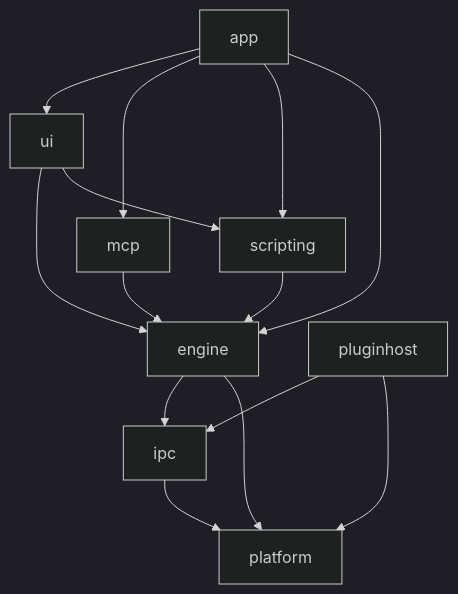
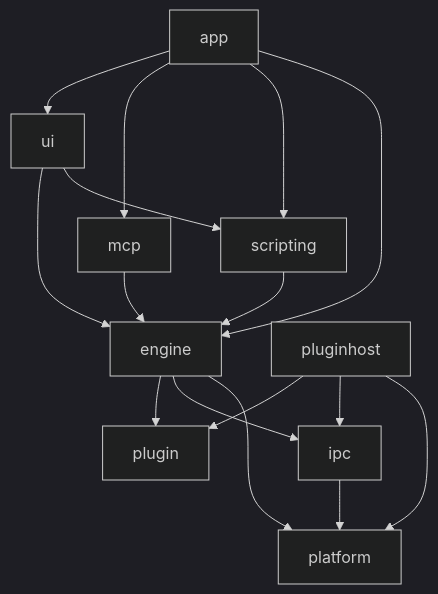
Before and after one commit to GNUbase/GNUbase: the second of 4 diagrams in docs/architecture.md, drawn with Mermaid (dark theme). The commit also changed other lines of this file and 8 other files, not shown here.

````diff
--- a/docs/architecture.md
+++ b/docs/architecture.md
@@ -48,10 +48,10 @@
 ```mermaid
 flowchart TD
   app --> ui & mcp & scripting & engine
   ui --> engine & scripting
   mcp --> engine
   scripting --> engine
-  engine --> ipc & platform
-  pluginhost --> ipc & platform
+  engine --> plugin & ipc & platform
+  pluginhost --> plugin & ipc & platform
   ipc --> platform
 ```
````
